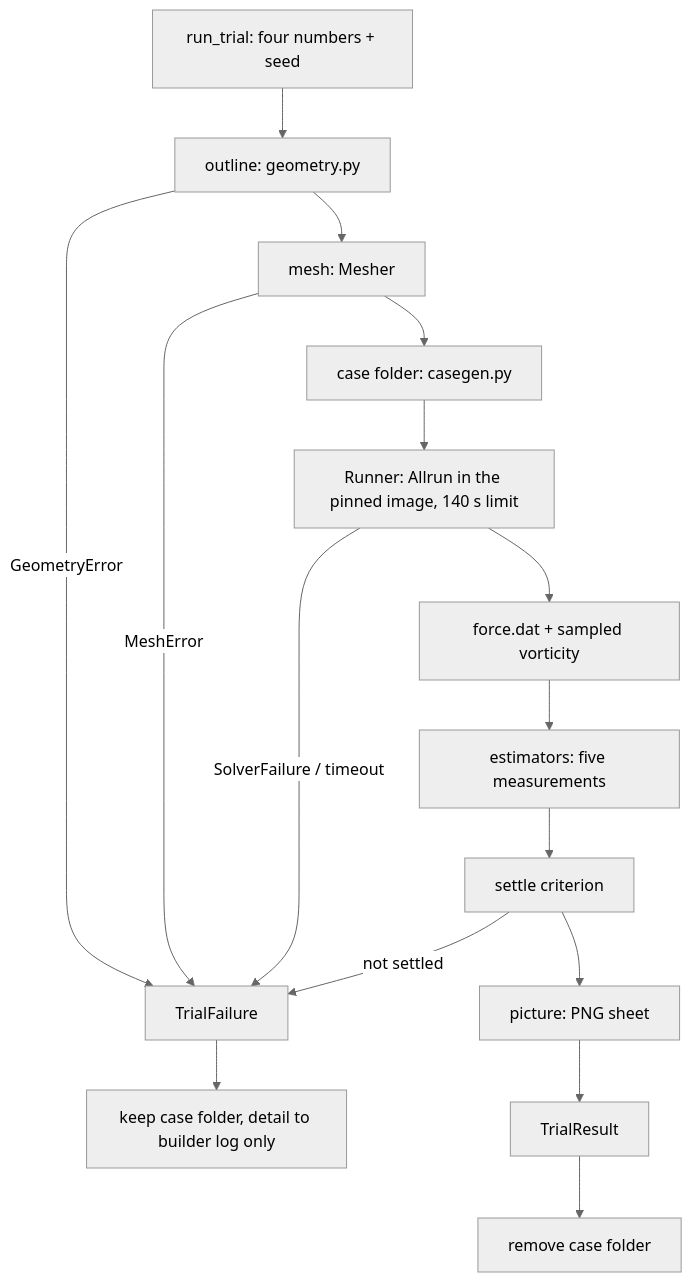
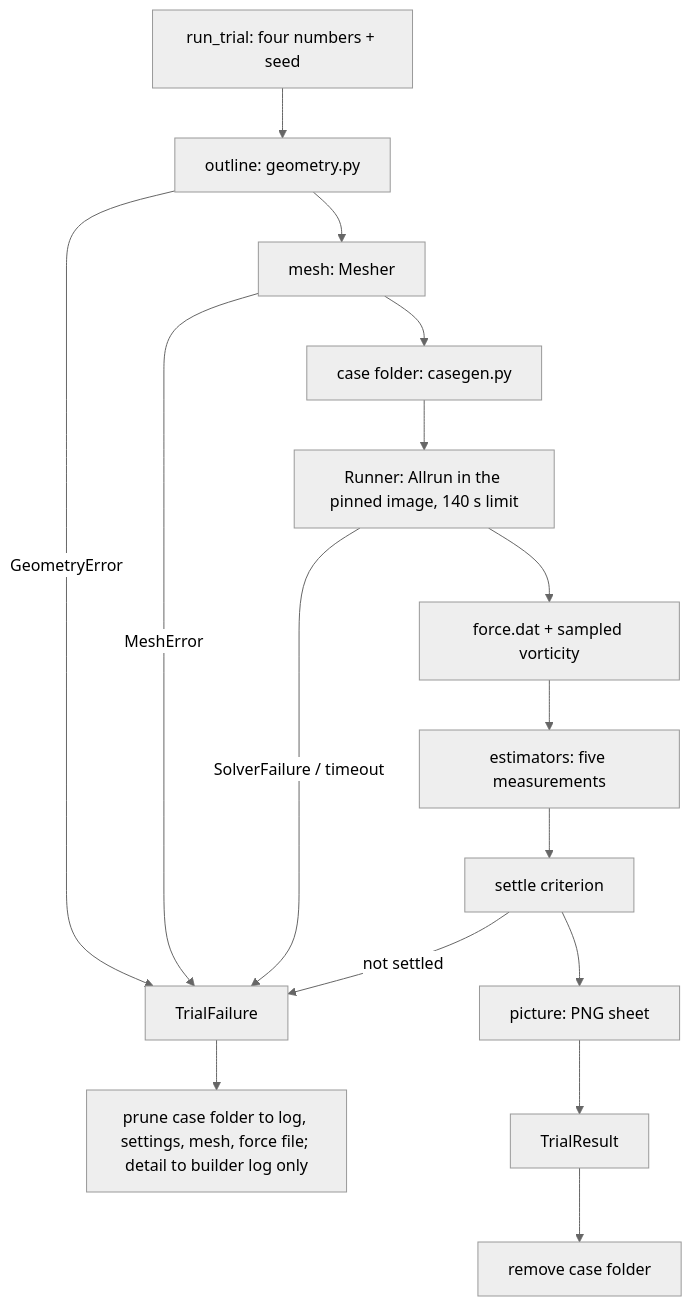
Before and after one commit to marcosanyo/dr-kiro-lab-notebook: the diagram in .kiro/specs/wind-tunnel/design.md, drawn with Mermaid (neutral theme). The commit also changed other lines of this file and 5 other files, not shown here.

Commit message:
wind-tunnel: prune the case folder of a failed run to log, settings, mesh file and force file

````diff
--- a/.kiro/specs/wind-tunnel/design.md
+++ b/.kiro/specs/wind-tunnel/design.md
@@ -84,18 +84,18 @@
 ```mermaid
 flowchart TD
     A[run_trial: four numbers + seed] --> B[outline: geometry.py]
     B -->|GeometryError| F[TrialFailure]
     B --> C[mesh: Mesher]
     C -->|MeshError| F
     C --> D[case folder: casegen.py]
     D --> E[Runner: Allrun in the pinned image, 140 s limit]
     E -->|SolverFailure / timeout| F
     E --> G[force.dat + sampled vorticity]
     G --> H[estimators: five measurements]
     H --> I[settle criterion]
     I -->|not settled| F
     I --> J[picture: PNG sheet]
     J --> K[TrialResult]
-    F --> L[keep case folder, detail to builder log only]
+    F --> L[prune case folder to log, settings, mesh, force file; detail to builder log only]
     K --> M[remove case folder]
 ```
````
